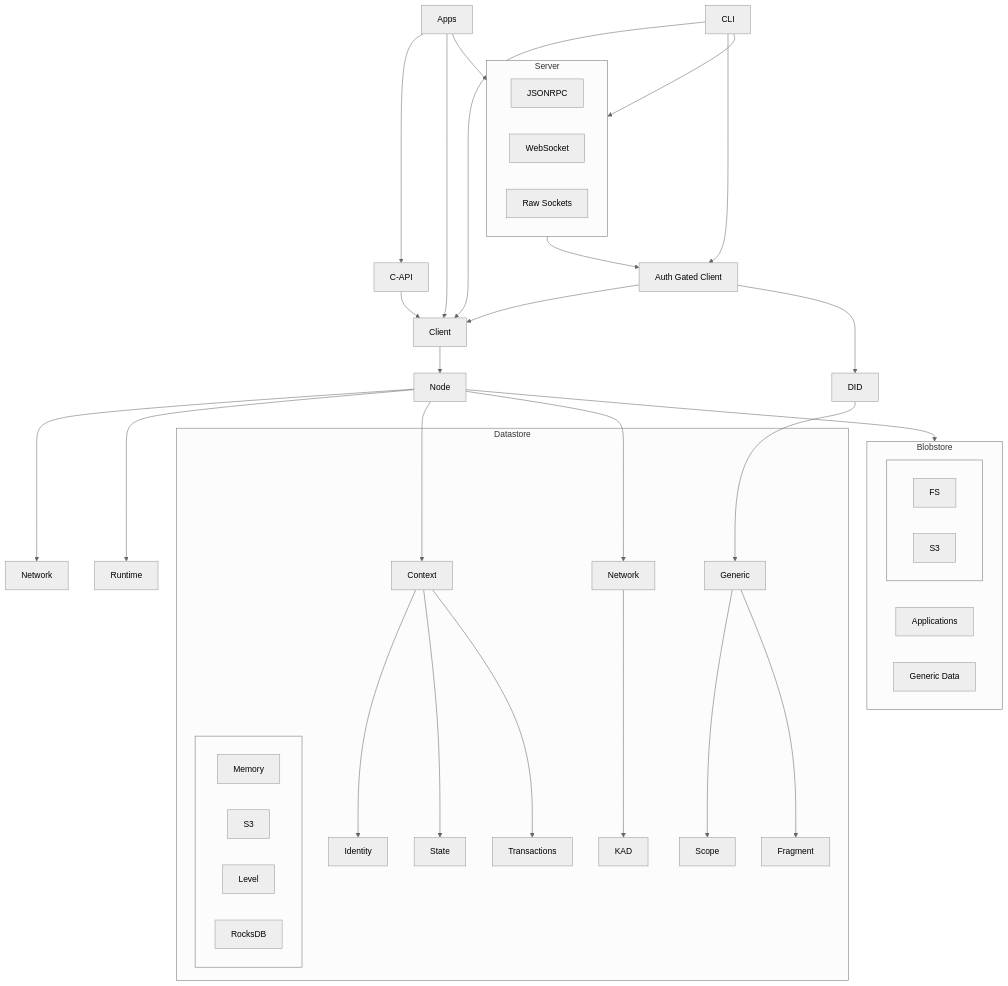
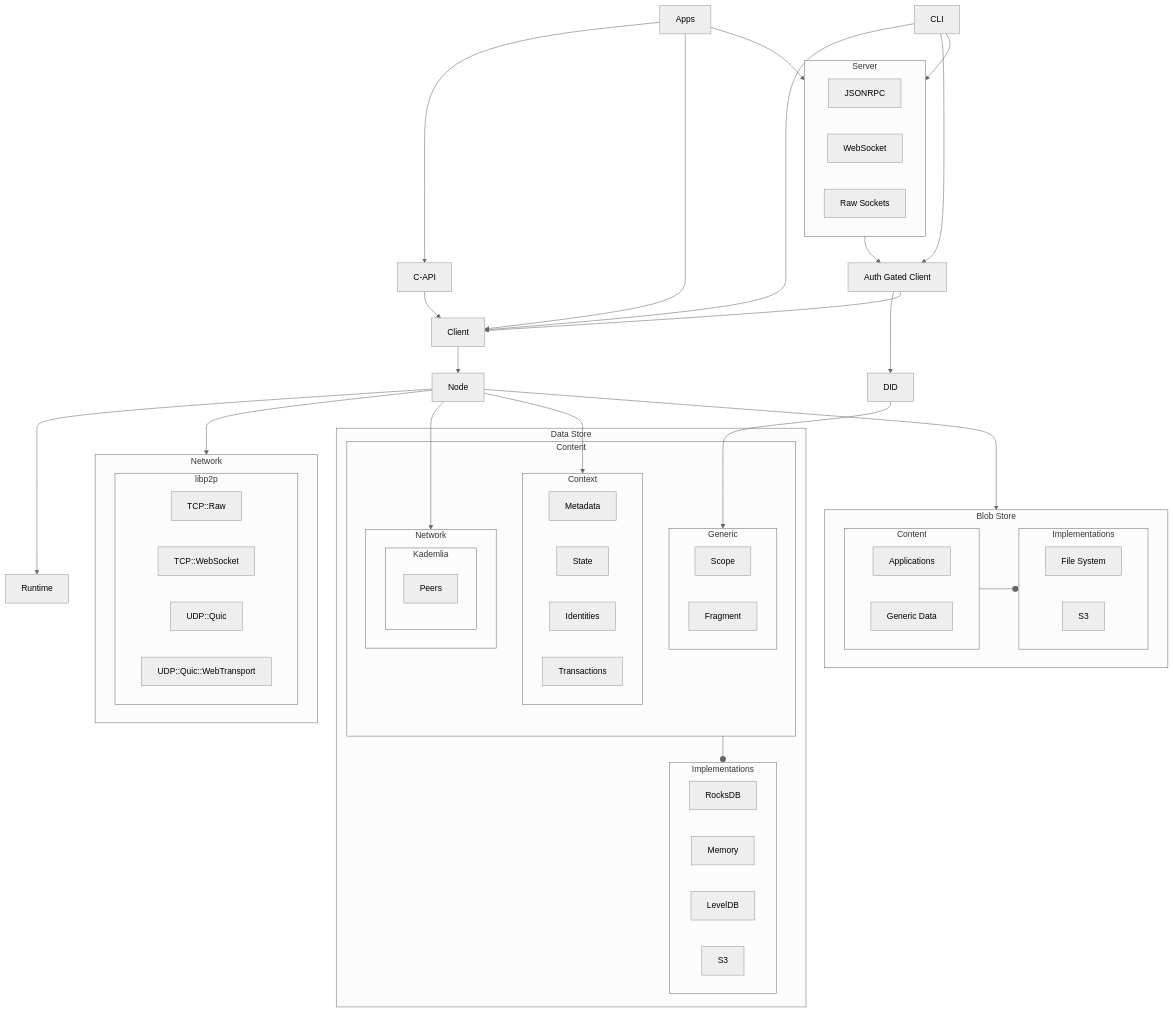
The diagram in README.mdx (calimero-network/core), drawn with Mermaid (neutral theme) before and after one commit.

Commit message:
docs: update architecture diagram (#444)

````diff
--- a/README.mdx
+++ b/README.mdx
@@ -76,75 +76,77 @@
 ```mermaid
-graph TD
-
-    subgraph Datastore
-        ctx[Context]
-        gen[Generic]
-        net[Network]
-        ctx --> id[Identity]
-        ctx --> st[State]
-        ctx --> tx[Transactions]
-        gen --> sc[Scope]
-        gen --> fr[Fragment]
-        net --> kad[KAD]
-
-        subgraph " "
-            direction LR
-            mem[Memory]
-            s3[S3]
-            lvl[Level]
-            rdb[RocksDB]
-        end
-    end
-
-    subgraph Blobstore
-        apps[Applications]
-        genData[Generic Data]
-        
-        subgraph " "
-            direction LR
-            fs[FS]
-            blobS3[S3]
-        end
-    end
-    
-    subgraph Server
-        direction LR
-        jrpc[JSONRPC]
-        ws[WebSocket]
-        raw[Raw Sockets]
-    end
-
-    applications[Apps]
-    client[Client]
-    capi[C-API]
-    auth[Auth Gated Client]
-    did[DID]
-    cli[CLI]
-    node[Node]
-    network[Network]
-    runtime[Runtime]
-
-    client --> node
-
-    applications --> capi
-    applications --> client
-    applications --> Server
-
-    cli --> client
-    cli --> auth
-    cli --> Server
-
+flowchart TD
+ subgraph DatastoreImpl["Implementations"]
+        rdb["RocksDB"]
+        mem["Memory"]
+        lvl["LevelDB"]
+        s3["S3"]
+  end
+ subgraph ctx["Context"]
+    direction LR
+        me["Metadata"]
+        st["State"]
+        id["Identities"]
+        tx["Transactions"]
+  end
+ subgraph kad["Kademlia"]
+        pe["Peers"]
+  end
+ subgraph net["Network"]
+    direction LR
+        kad
+  end
+ subgraph gen["Generic"]
+    direction LR
+        sc["Scope"]
+        fr["Fragment"]
+  end
+ subgraph DatastoreWrapper["Content"]
+        ctx
+        net
+        gen
+  end
+ subgraph Datastore["Data Store"]
+        DatastoreWrapper
+        DatastoreImpl
+  end
+ subgraph BlobstoreImpl["Implementations"]
+    direction LR
+        fs["File System"]
+        blobS3["S3"]
+  end
+ subgraph BlobstoreWrapper["Content"]
+    direction LR
+        apps["Applications"]
+        genData["Generic Data"]
+  end
+ subgraph Blobstore["Blob Store"]
+        BlobstoreWrapper
+        BlobstoreImpl
+  end
+ subgraph Server["Server"]
+    direction LR
+        jrpc["JSONRPC"]
+        ws["WebSocket"]
+        raw["Raw Sockets"]
+  end
+ subgraph libp2p["libp2p"]
+    direction LR
+        tcp["TCP::Raw"]
+        tcpws["TCP::WebSocket"]
+        udpqc["UDP::Quic"]
+        udpqcwt["UDP::Quic::WebTransport"]
+  end
+ subgraph Network["Network"]
+        libp2p
+  end
+    DatastoreWrapper --o DatastoreImpl
+    BlobstoreWrapper --o BlobstoreImpl
+    client["Client"] --> node["Node"]
+    applications["Apps"] --> capi["C-API"] & client & Server
+    capi --> client
+    cli["CLI"] --> Server & client & auth["Auth Gated Client"]
     Server --> auth
-
-    capi --> client
-    
-    auth --> client
-    auth --> did
+    auth --> did["DID"] & client
     did --> gen
-
-    node --> network
-    node --> runtime
-    node --> ctx
-    node --> net
-    node --> Blobstore
+    node --> Network & runtime["Runtime"] & net & ctx & Blobstore
 ```
````
